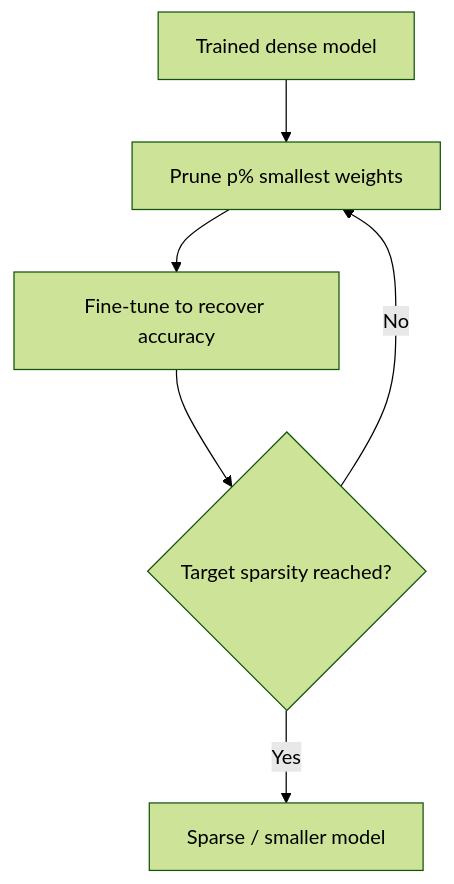
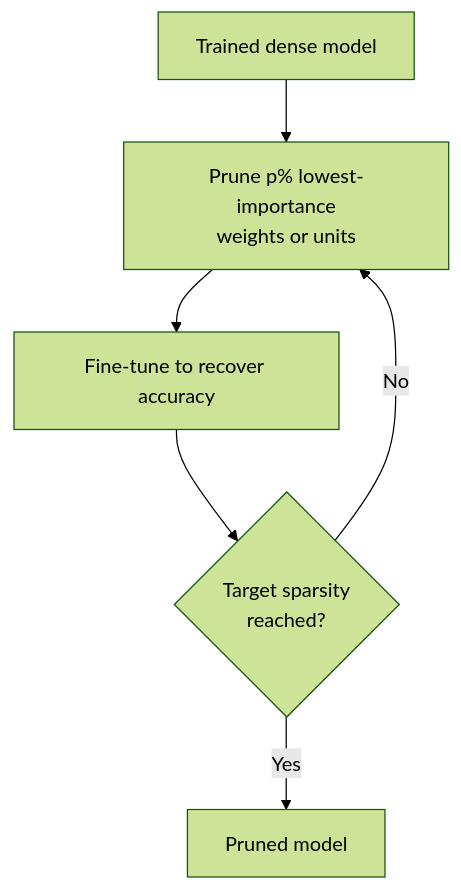
Before and after one commit to AndrewAltimit/Documentation: the second of 6 diagrams in github-pages/docs/ai-ml/model-compression.md, drawn with Mermaid (forest theme). The commit also changed other lines of this file and 240 other files, not shown here.

````diff
--- a/github-pages/docs/ai-ml/model-compression.md
+++ b/github-pages/docs/ai-ml/model-compression.md
@@ -87,8 +82,8 @@
 ```mermaid
 flowchart TD
-    A["Trained dense model"] --> B["Prune p% smallest weights"]
+    A["Trained dense model"] --> B["Prune p% lowest-importance<br/>weights or units"]
     B --> C["Fine-tune to recover accuracy"]
-    C --> D{Target sparsity reached?}
+    C --> D{"Target sparsity<br/>reached?"}
     D -->|No| B
-    D -->|Yes| E["Sparse / smaller model"]
+    D -->|Yes| E["Pruned model"]
 ```
````
